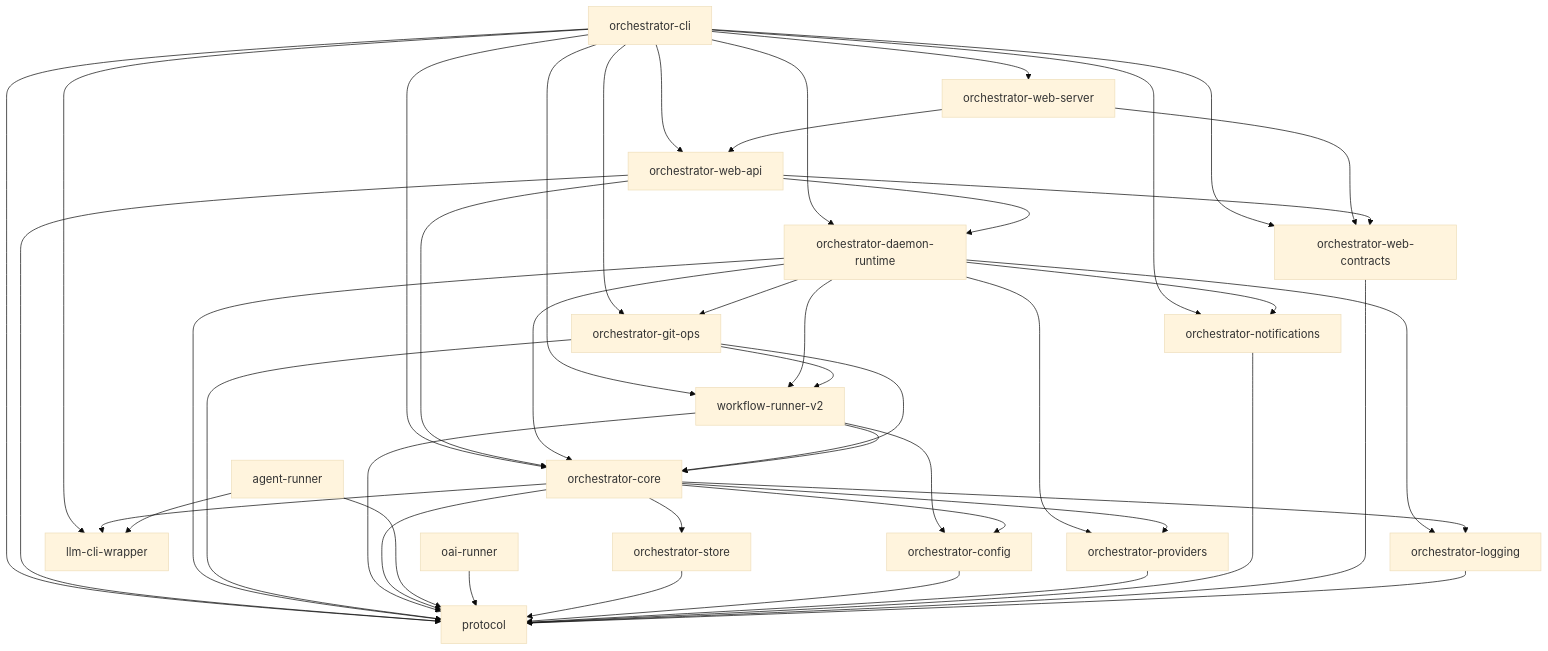
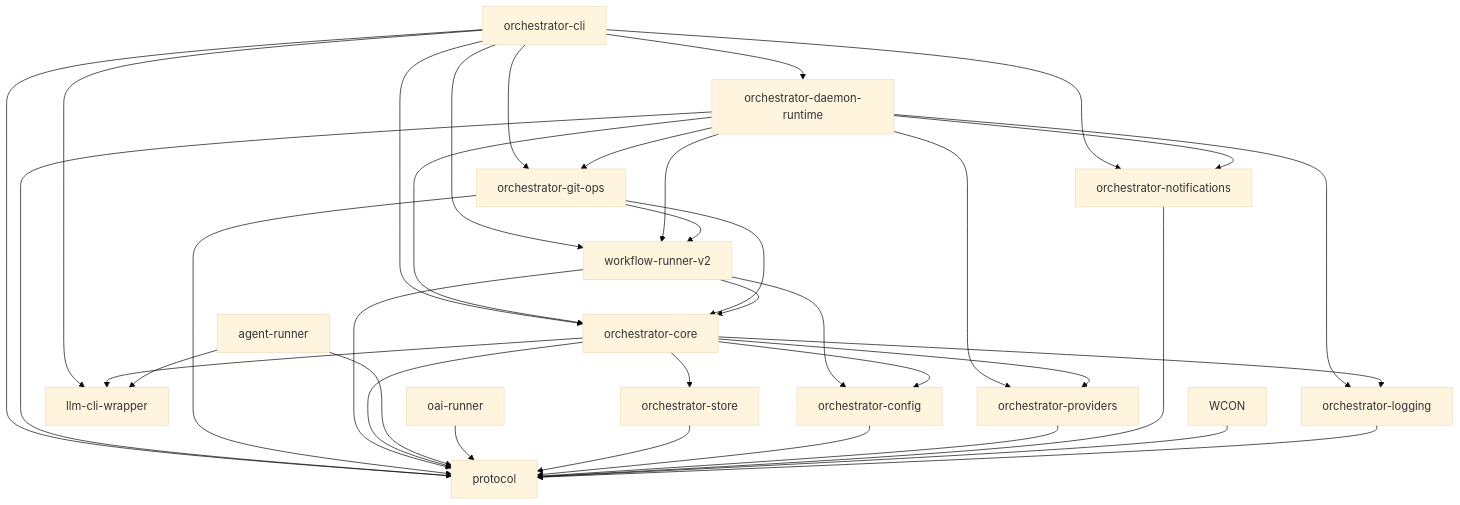
One commit to launchapp-dev/ao-cli changed the diagram in docs/architecture/index.md. Above: the diagram before and after it, drawn with Mermaid (base theme). The commit also changed 5138 other files, not shown here.

````diff
--- a/docs/architecture/index.md
+++ b/docs/architecture/index.md
@@ -9,73 +9,60 @@
 ```mermaid
 graph TD
     CLI[orchestrator-cli]
     CORE[orchestrator-core]
     PROTO[protocol]
     STORE[orchestrator-store]
     CONFIG[orchestrator-config]
     DAEMON[orchestrator-daemon-runtime]
     WR[workflow-runner-v2]
     AR[agent-runner]
     LLM[llm-cli-wrapper]
     OAI[oai-runner]
-    WAPI[orchestrator-web-api]
-    WCON[orchestrator-web-contracts]
-    WSRV[orchestrator-web-server]
     PROV[orchestrator-providers]
     NOTIF[orchestrator-notifications]
     GIT[orchestrator-git-ops]
     LOG[orchestrator-logging]
 
     CLI --> CORE
     CLI --> DAEMON
     CLI --> WR
-    CLI --> WAPI
-    CLI --> WCON
-    CLI --> WSRV
     CLI --> GIT
     CLI --> NOTIF
     CLI --> LLM
     CLI --> PROTO
-
-    WSRV --> WAPI
-    WSRV --> WCON
-    WAPI --> CORE
-    WAPI --> DAEMON
-    WAPI --> WCON
-    WAPI --> PROTO
 
     DAEMON --> CORE
     DAEMON --> WR
     DAEMON --> GIT
     DAEMON --> NOTIF
     DAEMON --> PROV
     DAEMON --> LOG
     DAEMON --> PROTO
 
     GIT --> CORE
     GIT --> WR
     GIT --> PROTO
 
     WR --> CORE
     WR --> CONFIG
     WR --> PROTO
 
     CORE --> STORE
     CORE --> CONFIG
     CORE --> PROV
     CORE --> LLM
     CORE --> LOG
     CORE --> PROTO
 
     AR --> LLM
     AR --> PROTO
 
     OAI --> PROTO
 
     STORE --> PROTO
     CONFIG --> PROTO
     PROV --> PROTO
     NOTIF --> PROTO
     WCON --> PROTO
     LOG --> PROTO
 ```
````
